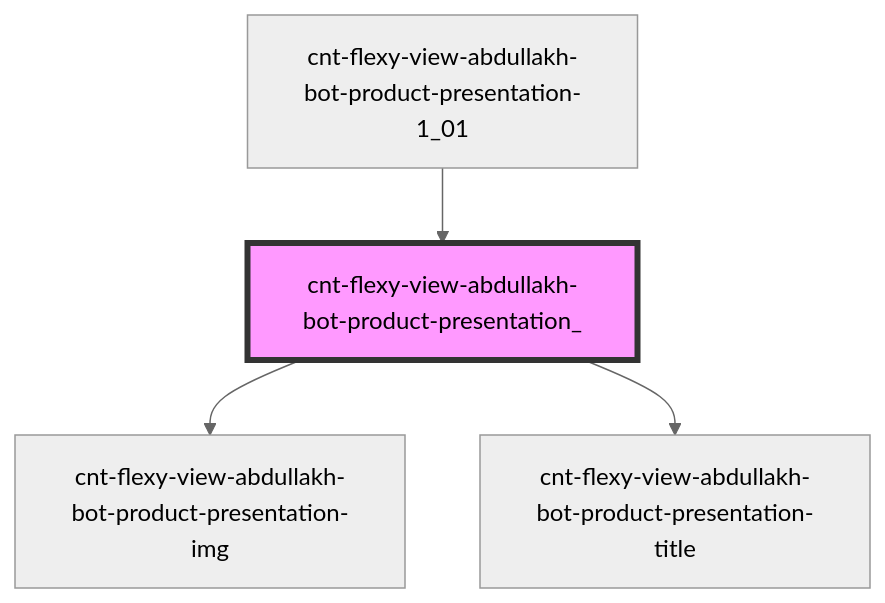
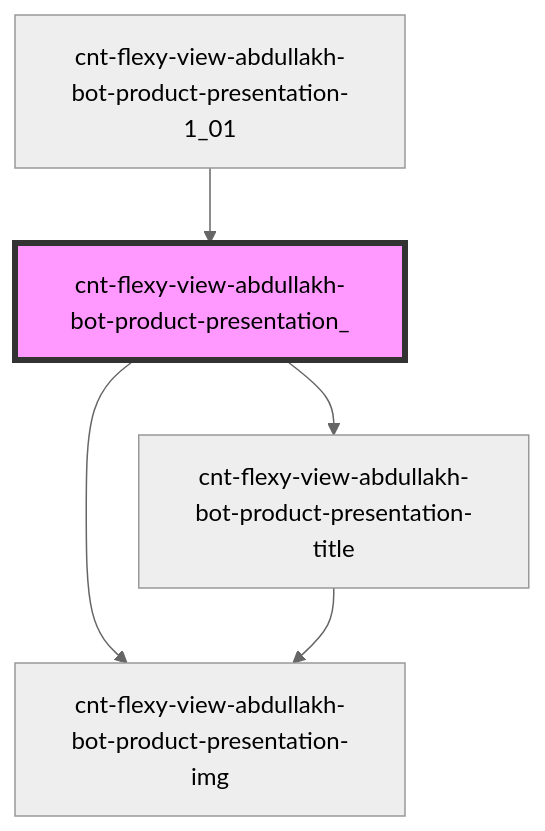
Before and after one commit to Wokh-Dada/botdevelopmentapp: the diagram in src/components/cnt-flexy-view-abdullakh-bot-product-presentation/res/view/cnt-flexy-view-abdullakh-bot-product-presentation_/readme.md, drawn with Mermaid (neutral theme). The commit also changed 16 other files, not shown here.

````diff
--- a/src/components/cnt-flexy-view-abdullakh-bot-product-presentation/res/view/cnt-flexy-view-abdullakh-bot-product-presentation_/readme.md
+++ b/src/components/cnt-flexy-view-abdullakh-bot-product-presentation/res/view/cnt-flexy-view-abdullakh-bot-product-presentation_/readme.md
@@ -35,7 +35,8 @@
 ```mermaid
 graph TD;
   cnt-flexy-view-abdullakh-bot-product-presentation_ --> cnt-flexy-view-abdullakh-bot-product-presentation-img
   cnt-flexy-view-abdullakh-bot-product-presentation_ --> cnt-flexy-view-abdullakh-bot-product-presentation-title
+  cnt-flexy-view-abdullakh-bot-product-presentation-title --> cnt-flexy-view-abdullakh-bot-product-presentation-img
   cnt-flexy-view-abdullakh-bot-product-presentation-1_01 --> cnt-flexy-view-abdullakh-bot-product-presentation_
   style cnt-flexy-view-abdullakh-bot-product-presentation_ fill:#f9f,stroke:#333,stroke-width:4px
 ```
````
